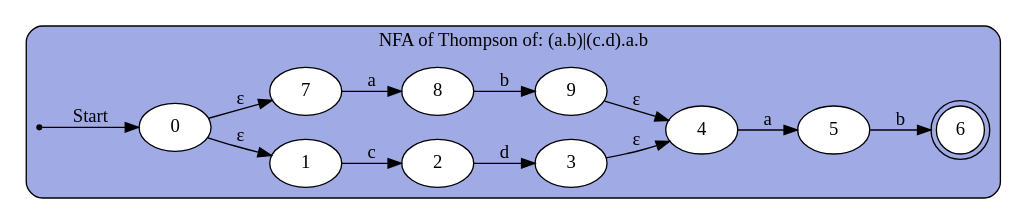
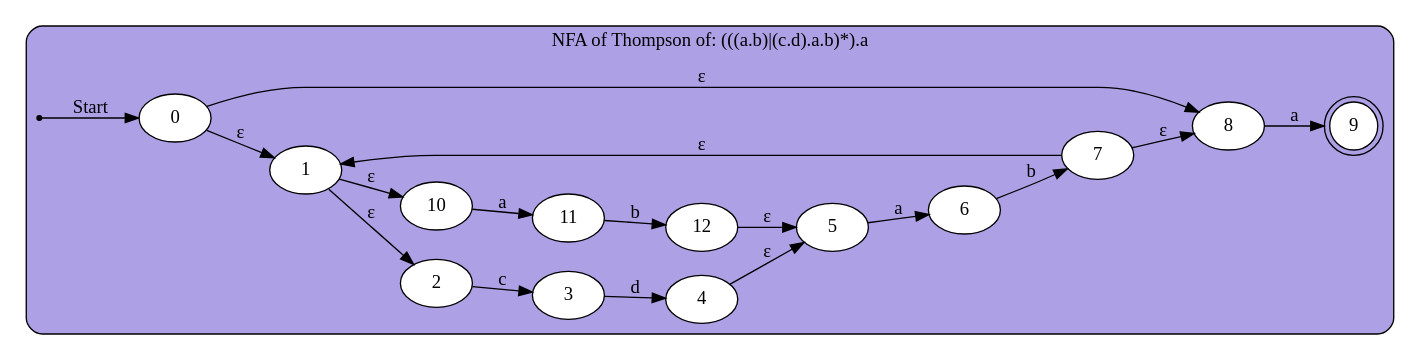
One commit to Andresrodart/Practicas changed the diagram in Compiladores/digraph finite_state_machine.dot. Above: the diagram before and after it, drawn with Graphviz. The commit also changed 3 other files, not shown here.

```diff
--- a/Compiladores/digraph finite_state_machine.dot
+++ b/Compiladores/digraph finite_state_machine.dot
@@ -1,25 +1,31 @@
+
 digraph finite_state_machine{
     rankdir=LR;
-    subgraph cluster{        style = "rounded,filled";
+    subgraph cluster{
+        style = "rounded,filled";
         color = "#000000";
-        fillcolor = "0.641 0.3 0.9";
+        fillcolor = "0.698 0.3 0.9";
         node [shape = point ] qi;
-        node [style = "rounded,filled", color = "#000000", fillcolor = white, shape = doublecircle] 6;
+        node [style = "rounded,filled", color = "#000000", fillcolor = white, shape = doublecircle] 9;
         node [style = "rounded,filled", color = "#000000", fillcolor = white, shape="oval"];
         qi -> 0 [ label = "Start" ];
         0 -> 1 [ label = "&epsilon;" ];
-        0 -> 7 [ label = "&epsilon;" ];
-        1 -> 2 [ label = "c" ];
-        2 -> 3 [ label = "d" ];
-        3 -> 4 [ label = "&epsilon;" ];
-        4 -> 5 [ label = "a" ];
-        5 -> 6 [ label = "b" ];
-        7 -> 8 [ label = "a" ];
-        8 -> 9 [ label = "b" ];
-        9 -> 4 [ label = "&epsilon;" ];
-        label = "NFA of Thompson of: (a.b)|(c.d).a.b";
-
+        0 -> 8 [ label = "&epsilon;" ];
+        1 -> 2 [ label = "&epsilon;" ];
+        1 -> 10 [ label = "&epsilon;" ];
+        2 -> 3 [ label = "c" ];
+        3 -> 4 [ label = "d" ];
+        4 -> 5 [ label = "&epsilon;" ];
+        5 -> 6 [ label = "a" ];
+        6 -> 7 [ label = "b" ];
+        7 -> 8 [ label = "&epsilon;" ];
+        7 -> 1 [ label = "&epsilon;" ];
+        8 -> 9 [ label = "a" ];
+        10 -> 11 [ label = "a" ];
+        11 -> 12 [ label = "b" ];
+        12 -> 5 [ label = "&epsilon;" ];
+        label = "NFA of Thompson of: (((a.b)|(c.d).a.b)*).a";
     }
 }
 //dot -Tpng elemplo.gv > salida.png
 //((struct Thompson *)0xb34f90)->expression
```
